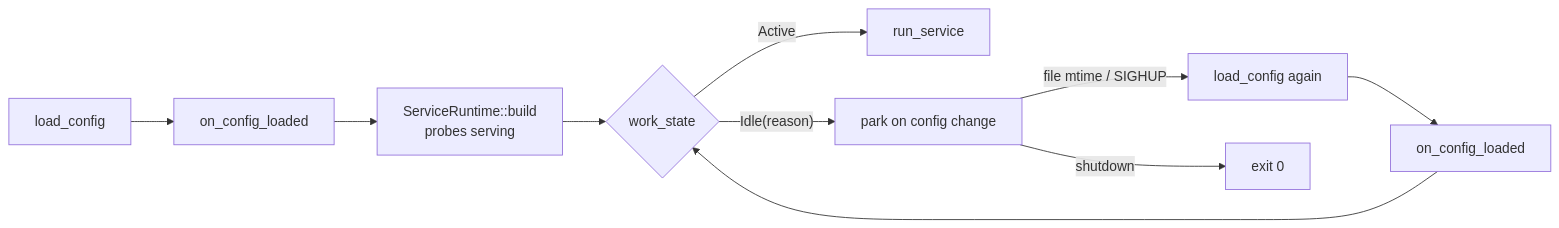
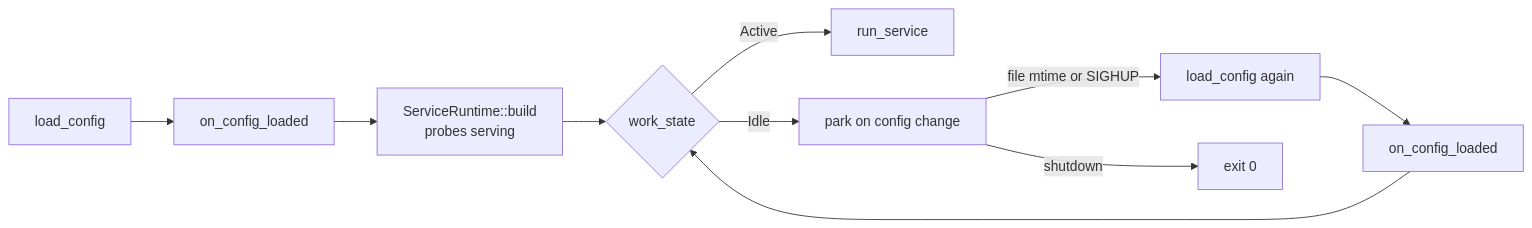
Before and after one commit to hyperi-io/scalo-rs: the diagram in docs/core-pillars/lifecycle.md, drawn with Mermaid. The commit also changed other lines of this file and 56 other files, not shown here.

````diff
--- a/docs/core-pillars/lifecycle.md
+++ b/docs/core-pillars/lifecycle.md
@@ -45,12 +45,12 @@
 ```mermaid
 flowchart LR
     L["load_config"] --> H["on_config_loaded"]
     H --> R["ServiceRuntime::build<br/>probes serving"]
     R --> W{"work_state"}
     W -->|Active| S["run_service"]
-    W -->|"Idle(reason)"| P["park on config change"]
-    P -->|"file mtime / SIGHUP"| L2["load_config again"]
+    W -->|Idle| P["park on config change"]
+    P -->|file mtime or SIGHUP| L2["load_config again"]
     L2 --> H2["on_config_loaded"]
     H2 --> W
     P -->|shutdown| X["exit 0"]
 ```
````
